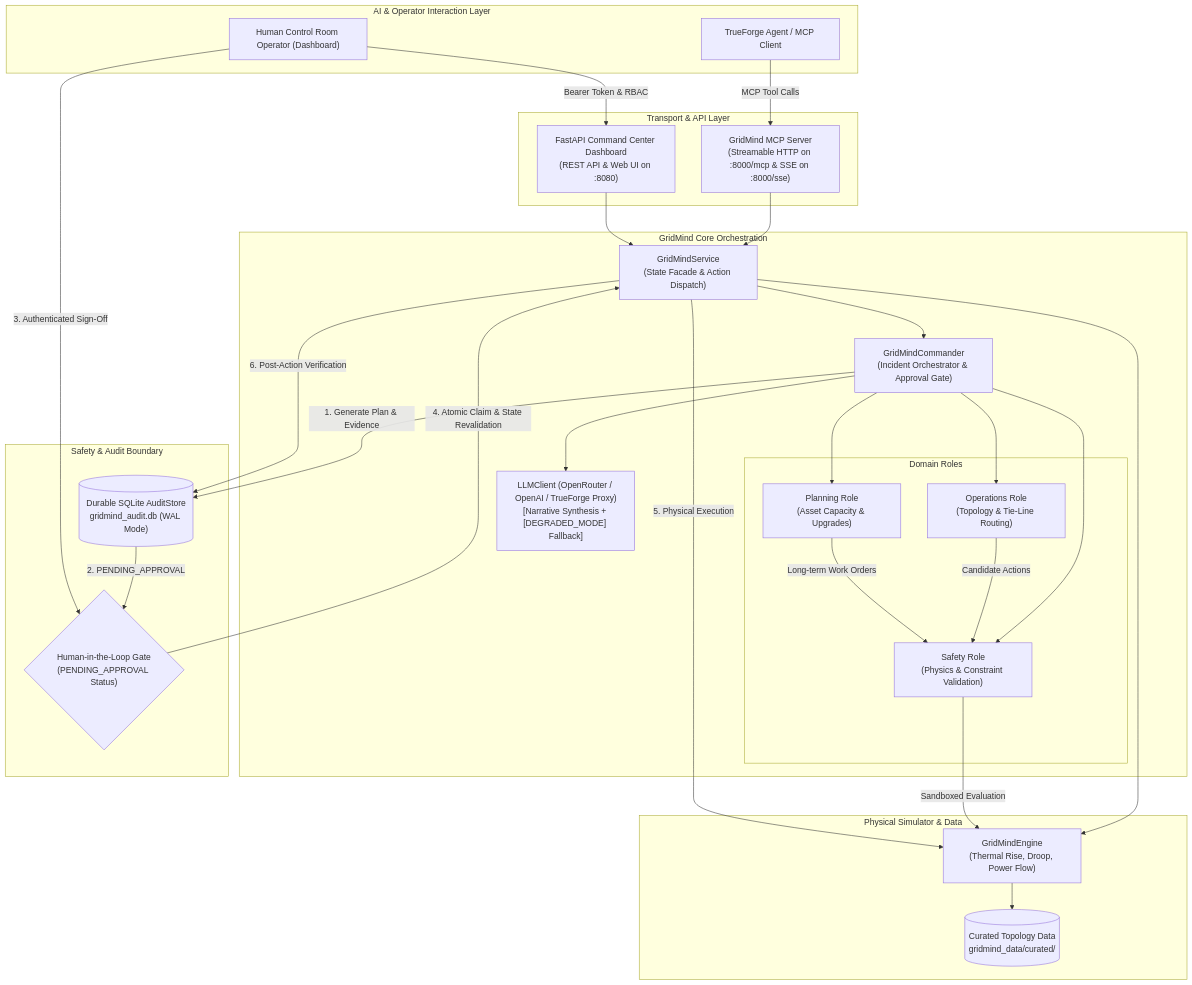
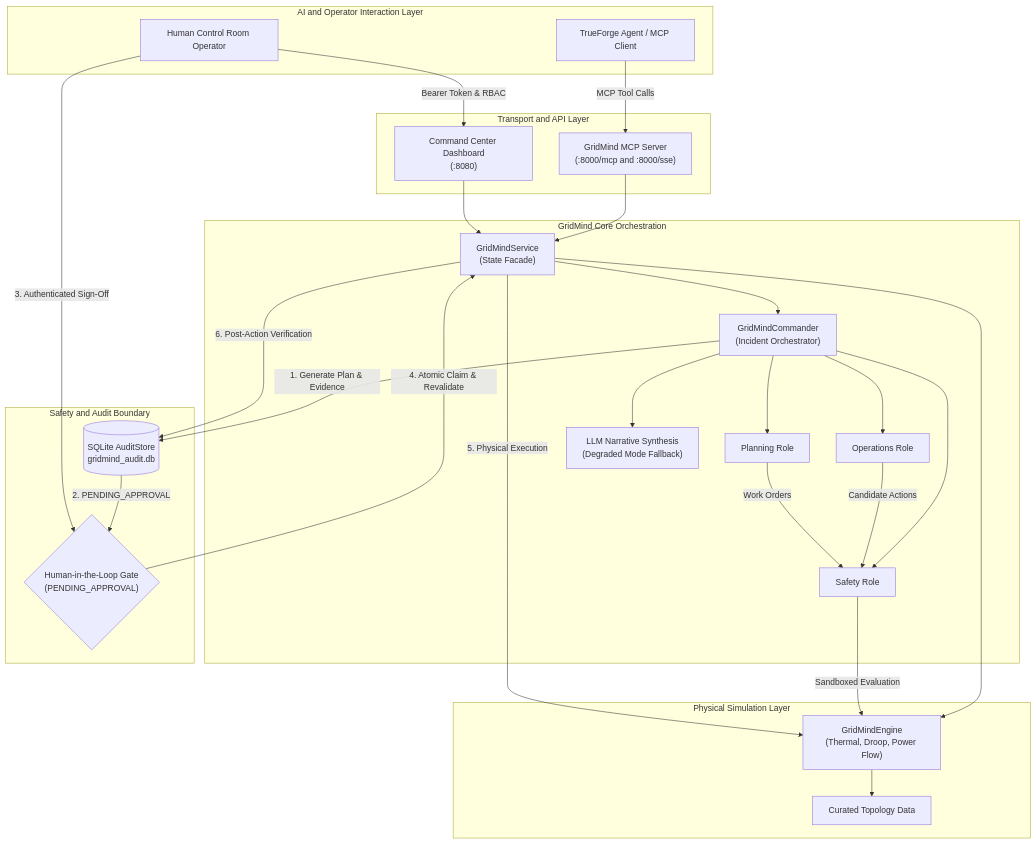
One commit to kaamilstudiesig/gridmind changed the diagram in README.md. Above: the diagram before and after it, drawn with Mermaid.

Commit message:
docs: fix Mermaid syntax for GitHub rendering

````diff
--- a/README.md
+++ b/README.md
@@ -35,58 +35,54 @@
 ```mermaid
 flowchart TD
-    subgraph ClientLayer["AI & Operator Interaction Layer"]
+    subgraph ClientLayer [AI and Operator Interaction Layer]
         TF["TrueForge Agent / MCP Client"]
-        OP["Human Control Room Operator (Dashboard)"]
+        OP["Human Control Room Operator"]
     end
 
-    subgraph TransportLayer["Transport & API Layer"]
-        MCP["GridMind MCP Server\n(Streamable HTTP on :8000/mcp & SSE on :8000/sse)"]
-        DASH["FastAPI Command Center Dashboard\n(REST API & Web UI on :8080)"]
+    subgraph TransportLayer [Transport and API Layer]
+        MCP["GridMind MCP Server<br/>(:8000/mcp and :8000/sse)"]
+        DASH["Command Center Dashboard<br/>(:8080)"]
     end
 
-    subgraph CoreOrchestration["GridMind Core Orchestration"]
-        SVC["GridMindService\n(State Facade & Action Dispatch)"]
-        CMD["GridMindCommander\n(Incident Orchestrator & Approval Gate)"]
-        
-        subgraph Specialists["Domain Roles"]
-            OPS["Operations Role\n(Topology & Tie-Line Routing)"]
-            PLN["Planning Role\n(Asset Capacity & Upgrades)"]
-            SFT["Safety Role\n(Physics & Constraint Validation)"]
-        end
-
-        LLM["LLMClient (OpenRouter / OpenAI / TrueForge Proxy)\n[Narrative Synthesis + [DEGRADED_MODE] Fallback]"]
+    subgraph CoreLayer [GridMind Core Orchestration]
+        SVC["GridMindService<br/>(State Facade)"]
+        CMD["GridMindCommander<br/>(Incident Orchestrator)"]
+        OPS["Operations Role"]
+        PLN["Planning Role"]
+        SFT["Safety Role"]
+        LLM["LLM Narrative Synthesis<br/>(Degraded Mode Fallback)"]
     end
 
-    subgraph SafetyGate["Safety & Audit Boundary"]
-        GATE{"Human-in-the-Loop Gate\n(PENDING_APPROVAL Status)"}
-        STORE[("Durable SQLite AuditStore\ngridmind_audit.db (WAL Mode)")]
+    subgraph SafetyGate [Safety and Audit Boundary]
+        GATE{"Human-in-the-Loop Gate<br/>(PENDING_APPROVAL)"}
+        STORE[("SQLite AuditStore<br/>gridmind_audit.db")]
     end
 
-    subgraph PhysicsLayer["Physical Simulator & Data"]
-        ENG["GridMindEngine\n(Thermal Rise, Droop, Power Flow)"]
-        DATA[("Curated Topology Data\ngridmind_data/curated/")]
+    subgraph PhysicsLayer [Physical Simulation Layer]
+        ENG["GridMindEngine<br/>(Thermal, Droop, Power Flow)"]
+        DATA["Curated Topology Data"]
     end
 
     TF -->|MCP Tool Calls| MCP
     OP -->|Bearer Token & RBAC| DASH
     MCP --> SVC
     DASH --> SVC
     SVC --> CMD
     SVC --> ENG
     ENG --> DATA
 
     CMD --> OPS
     CMD --> PLN
     CMD --> SFT
     OPS -->|Candidate Actions| SFT
-    PLN -->|Long-term Work Orders| SFT
+    PLN -->|Work Orders| SFT
     SFT -->|Sandboxed Evaluation| ENG
     CMD --> LLM
 
     CMD -->|1. Generate Plan & Evidence| STORE
     STORE -->|2. PENDING_APPROVAL| GATE
     OP -->|3. Authenticated Sign-Off| GATE
-    GATE -->|4. Atomic Claim & State Revalidation| SVC
+    GATE -->|4. Atomic Claim & Revalidate| SVC
     SVC -->|5. Physical Execution| ENG
     SVC -->|6. Post-Action Verification| STORE
 ```
````
